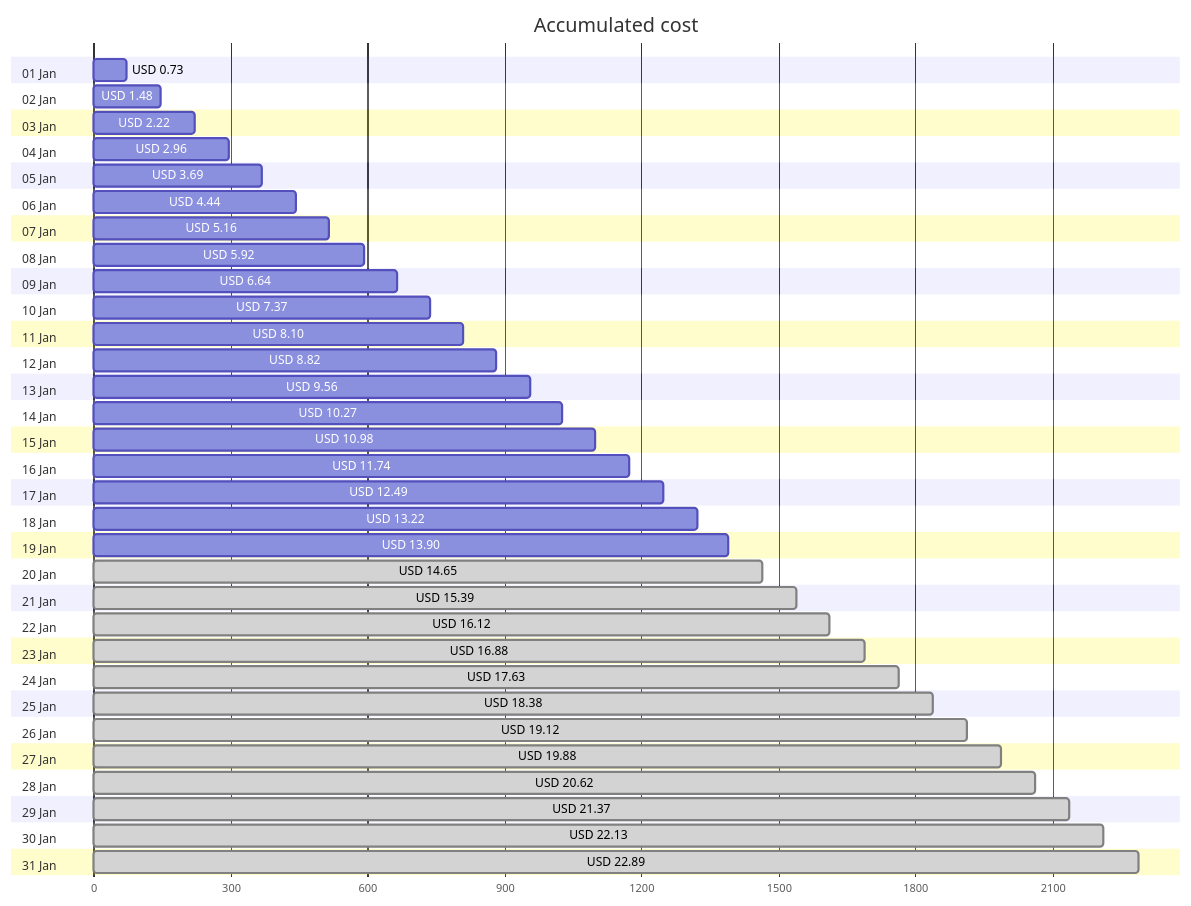
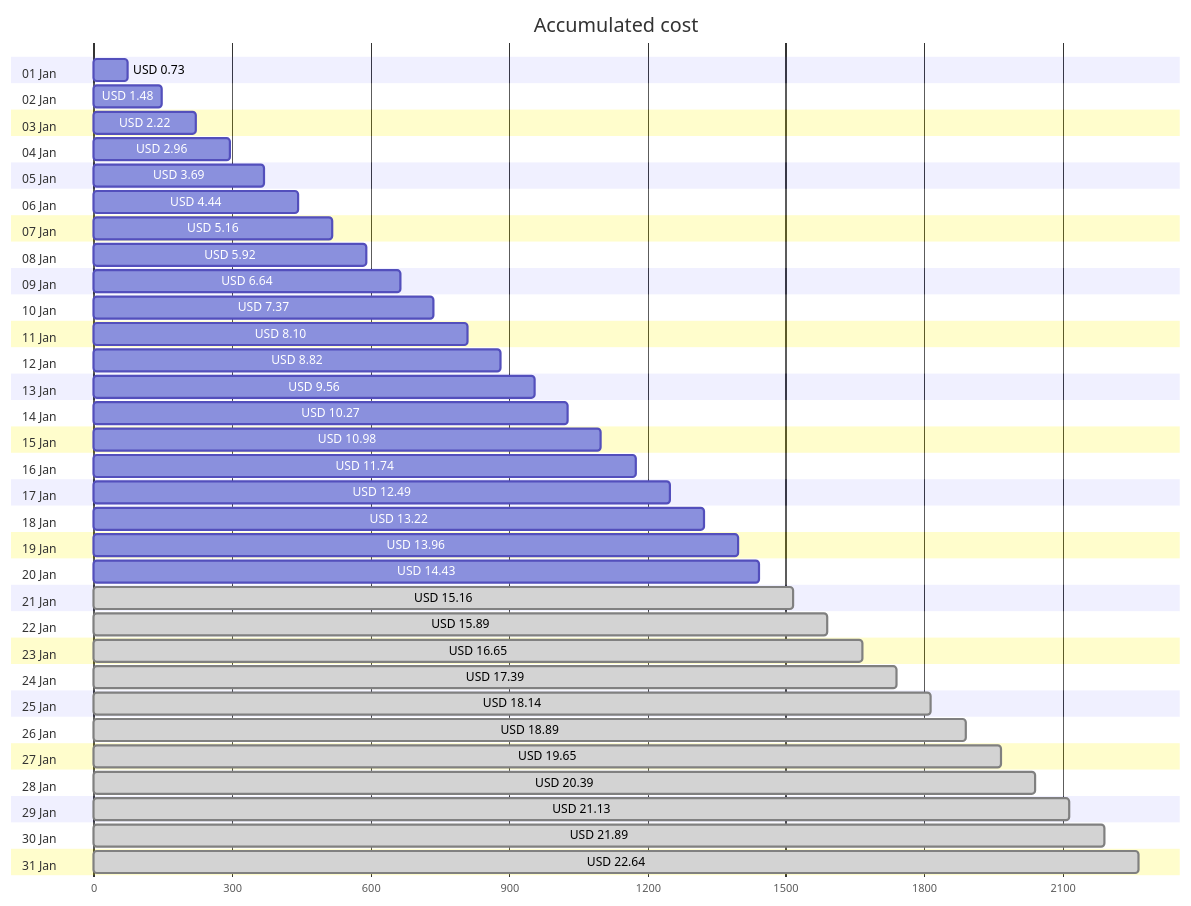
The first of 4 diagrams in cost-reports/personal-network/backup-server-data-disk.md (jpfulton/azure-personal-reports), drawn with Mermaid before and after one commit. The commit also changed other lines of this file and 8 other files, not shown here.

````diff
--- a/cost-reports/personal-network/backup-server-data-disk.md
+++ b/cost-reports/personal-network/backup-server-data-disk.md
@@ -20,68 +20,68 @@
 ```mermaid
 gantt
    title Accumulated cost
    dateFormat  X
    axisFormat %s
    section 01 Jan
    USD 0.73 :0, 73
    section 02 Jan
    USD 1.48 :0, 148
    section 03 Jan
    USD 2.22 :0, 222
    section 04 Jan
    USD 2.96 :0, 296
    section 05 Jan
    USD 3.69 :0, 369
    section 06 Jan
    USD 4.44 :0, 444
    section 07 Jan
    USD 5.16 :0, 516
    section 08 Jan
    USD 5.92 :0, 592
    section 09 Jan
    USD 6.64 :0, 664
    section 10 Jan
    USD 7.37 :0, 737
    section 11 Jan
    USD 8.10 :0, 810
    section 12 Jan
    USD 8.82 :0, 882
    section 13 Jan
    USD 9.56 :0, 956
    section 14 Jan
    USD 10.27 :0, 1027
    section 15 Jan
    USD 10.98 :0, 1098
    section 16 Jan
    USD 11.74 :0, 1174
    section 17 Jan
    USD 12.49 :0, 1249
    section 18 Jan
    USD 13.22 :0, 1322
    section 19 Jan
-   USD 13.90 :0, 1390
+   USD 13.96 :0, 1396
    section 20 Jan
-   USD 14.65 : done, 0, 1465
+   USD 14.43 :0, 1443
    section 21 Jan
-   USD 15.39 : done, 0, 1539
+   USD 15.16 : done, 0, 1516
    section 22 Jan
-   USD 16.12 : done, 0, 1612
+   USD 15.89 : done, 0, 1589
    section 23 Jan
-   USD 16.88 : done, 0, 1688
+   USD 16.65 : done, 0, 1665
    section 24 Jan
-   USD 17.63 : done, 0, 1763
+   USD 17.39 : done, 0, 1739
    section 25 Jan
-   USD 18.38 : done, 0, 1838
+   USD 18.14 : done, 0, 1814
    section 26 Jan
-   USD 19.12 : done, 0, 1912
+   USD 18.89 : done, 0, 1889
    section 27 Jan
-   USD 19.88 : done, 0, 1988
+   USD 19.65 : done, 0, 1965
    section 28 Jan
-   USD 20.62 : done, 0, 2062
+   USD 20.39 : done, 0, 2039
    section 29 Jan
-   USD 21.37 : done, 0, 2137
+   USD 21.13 : done, 0, 2113
    section 30 Jan
-   USD 22.13 : done, 0, 2213
+   USD 21.89 : done, 0, 2189
    section 31 Jan
-   USD 22.89 : done, 0, 2289
+   USD 22.64 : done, 0, 2264
 ```
````
